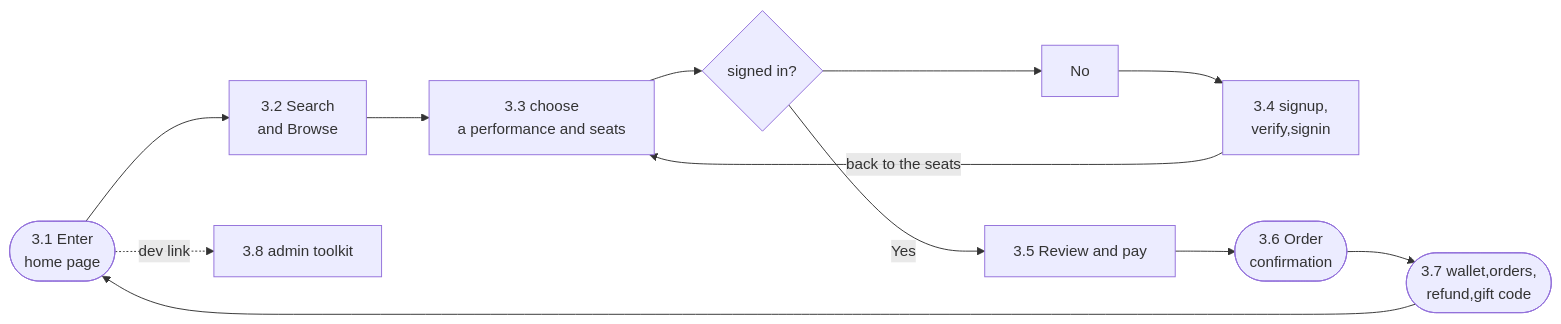
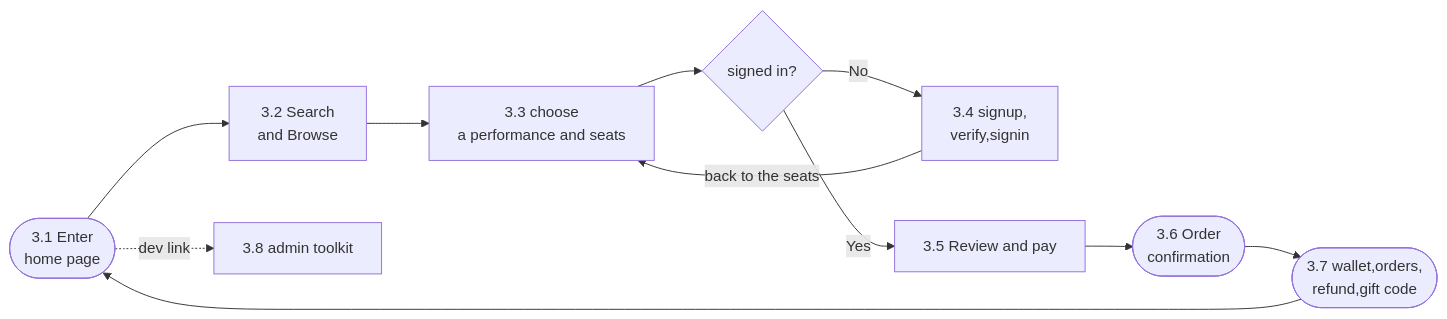
Before and after one commit to Azusalina/sba-proj: the second of 7 diagrams in descriptions/figs.md, drawn with Mermaid. The commit also changed other lines of this file and 17 other files, not shown here.

````diff
--- a/descriptions/figs.md
+++ b/descriptions/figs.md
@@ -39,13 +46,13 @@
 ```mermaid
 flowchart LR
     A([3.1 Enter<br/>home page])-->B[3.2 Search<br/>and Browse]
     B-->C[3.3 choose <br/>a performance and seats]
     C-->D{signed in?}
-    D-->No-->E[3.4 signup,<br/>verify,signin]
+    D-->|No|E[3.4 signup,<br/>verify,signin]
     E--back to the seats-->C
     D--Yes-->F[3.5 Review and pay]
     F-->G([3.6 Order<br/>confirmation])
     G-->H([3.7 wallet,orders,<br/>refund,gift code])
     H-->A
     A-.dev link.->I[3.8 admin toolkit]
 ```
````
